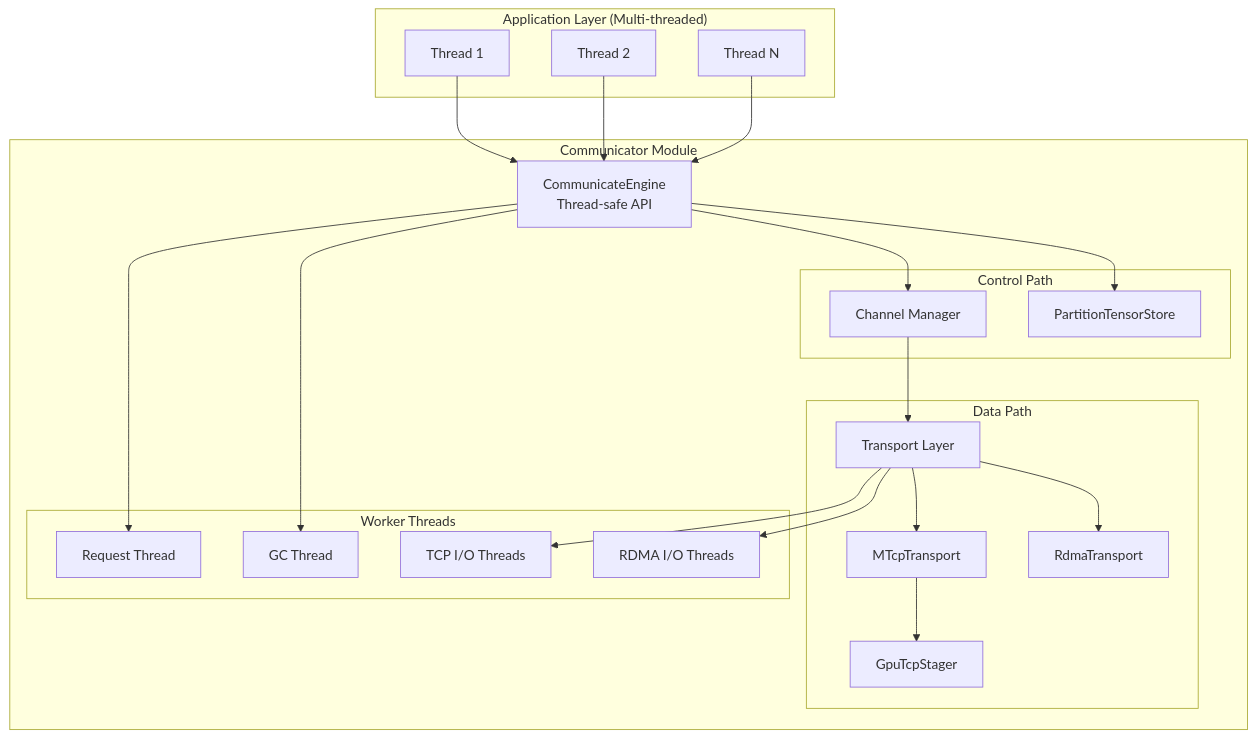
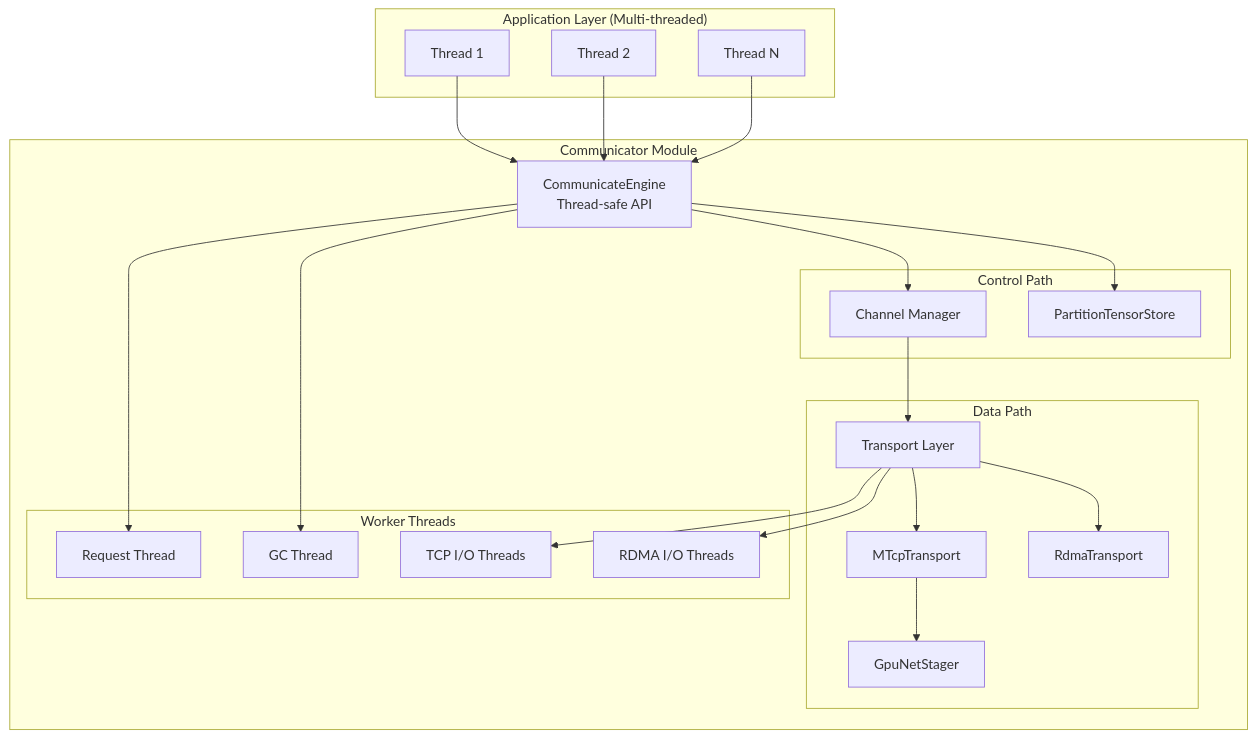
The first of 13 diagrams in web-docs/docs/developer-guides/core/communicator/README.md (tensorcast-ai/tensorcast), drawn with Mermaid before and after one commit. The commit also changed other lines of this file and 32 other files, not shown here.

````diff
--- a/web-docs/docs/developer-guides/core/communicator/README.md
+++ b/web-docs/docs/developer-guides/core/communicator/README.md
@@ -19,40 +19,40 @@
 ```mermaid
 flowchart TB
   subgraph Application["Application Layer (Multi-threaded)"]
     T1[Thread 1]
     T2[Thread 2]
     T3[Thread N]
   end
 
   subgraph Communicator["Communicator Module"]
     CE[CommunicateEngine<br/>Thread-safe API]
 
     subgraph "Control Path"
       CH[Channel Manager]
       PS[PartitionTensorStore]
     end
 
     subgraph "Data Path"
       TR[Transport Layer]
       MTCP[MTcpTransport]
       RDMA[RdmaTransport]
-      STAGER[GpuTcpStager]
+      STAGER[GpuNetStager]
     end
 
     subgraph "Worker Threads"
       RT[Request Thread]
       GT[GC Thread]
       TCPThreads[TCP I/O Threads]
       RDMAThreads[RDMA I/O Threads]
     end
   end
 
   T1 & T2 & T3 --> CE
   CE --> CH
   CE --> PS
   CH --> TR
   TR --> MTCP & RDMA
   MTCP --> STAGER
   CE --> RT & GT
   TR --> TCPThreads & RDMAThreads
 ```
````
